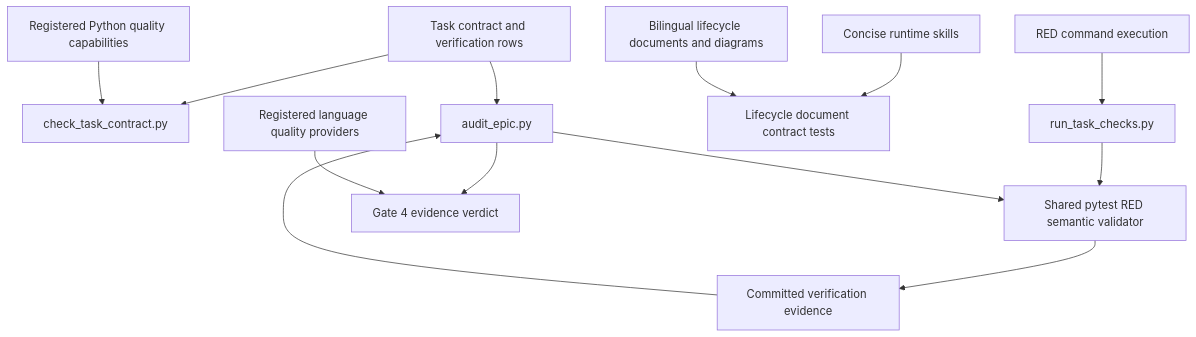
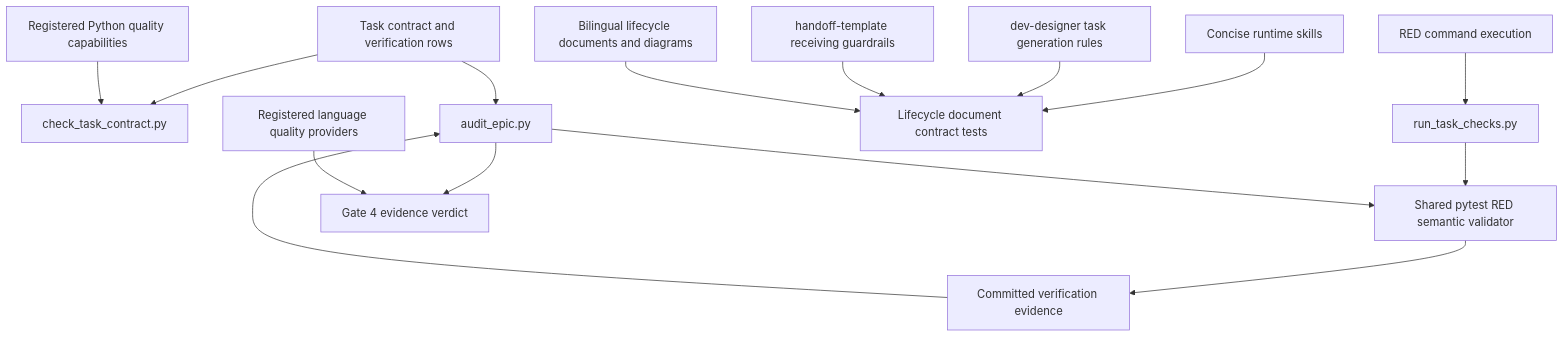
The first of 3 diagrams in .devtool/epic/mechanical_verification_and_lifecycle_slimming/mechanical_verification_and_lifecycle_slimming.en.md (DanhDue/ai-agent-tools), drawn with Mermaid before and after one commit. The commit also changed other lines of this file and 15 other files, not shown here.

````diff
--- a/.devtool/epic/mechanical_verification_and_lifecycle_slimming/mechanical_verification_and_lifecycle_slimming.en.md
+++ b/.devtool/epic/mechanical_verification_and_lifecycle_slimming/mechanical_verification_and_lifecycle_slimming.en.md
@@ -61,15 +63,17 @@
 ```mermaid
 flowchart TD
     task_contract["Task contract and verification rows"] --> contract_checker["check_task_contract.py"]
     provider_manifest["Registered Python quality capabilities"] --> contract_checker
     red_command["RED command execution"] --> recorder["run_task_checks.py"]
     recorder --> red_validator["Shared pytest RED semantic validator"]
     red_validator --> evidence["Committed verification evidence"]
     evidence --> gate4_auditor["audit_epic.py"]
     task_contract --> gate4_auditor
     gate4_auditor --> red_validator
     gate4_auditor --> gate4_verdict["Gate 4 evidence verdict"]
     runtime_skills["Concise runtime skills"] --> lifecycle_contract["Lifecycle document contract tests"]
+    task_generation_rules["dev-designer task generation rules"] --> lifecycle_contract
+    handoff_guardrails["handoff-template receiving guardrails"] --> lifecycle_contract
     human_docs["Bilingual lifecycle documents and diagrams"] --> lifecycle_contract
     quality_providers["Registered language quality providers"] --> gate4_verdict
 ```
````
